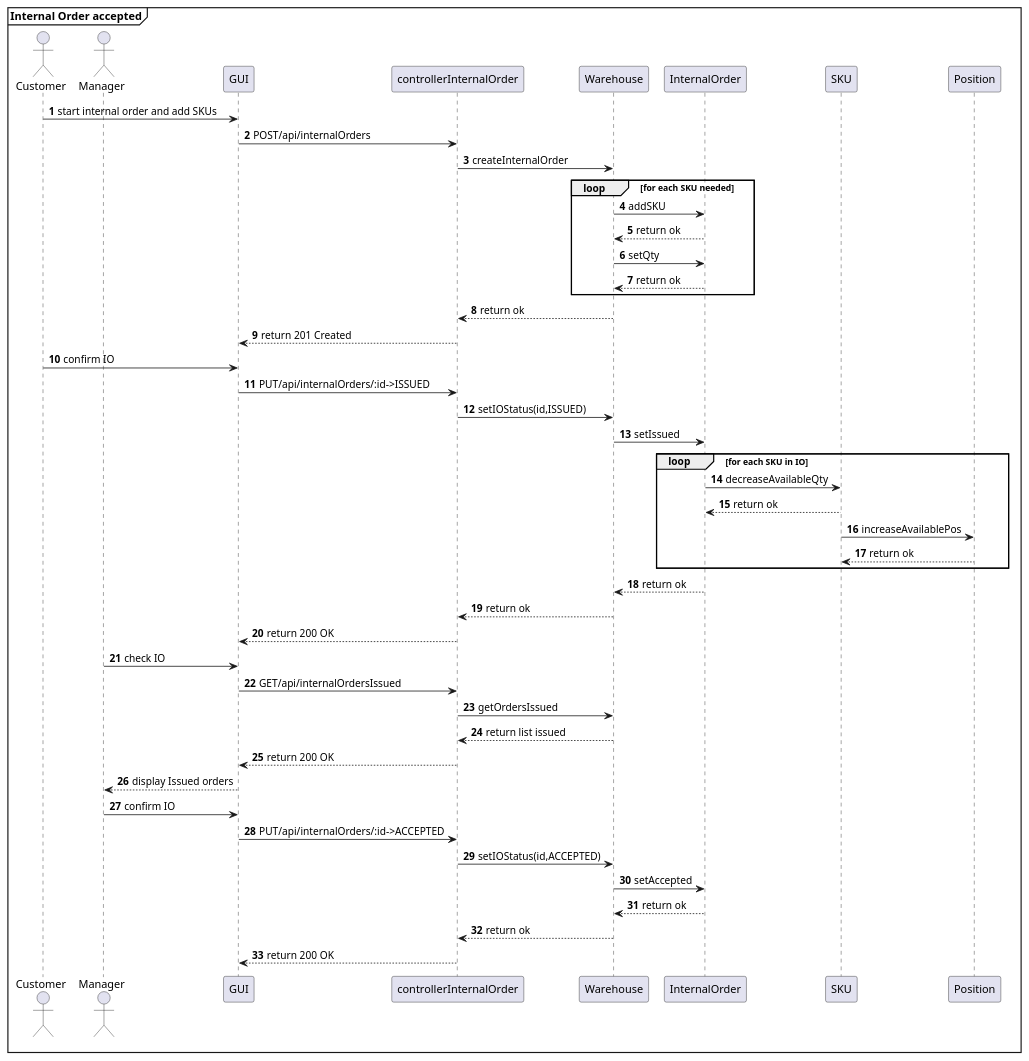
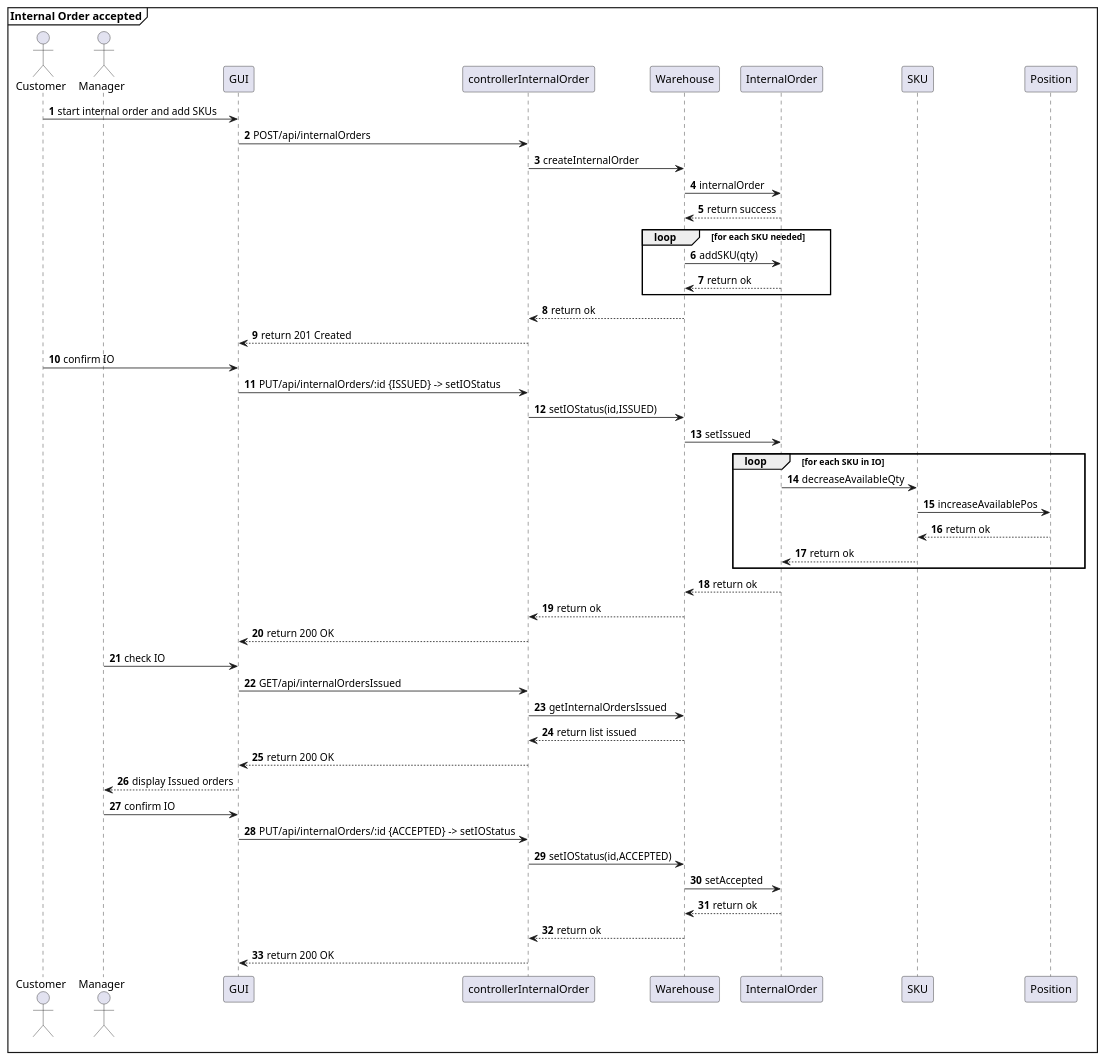
One commit to AlexZampa/EzWh changed diagram 24 of 32 in DesignDocument.md. Above: the diagram before and after it, drawn with PlantUML. The commit also changed other lines of this file, not shown here.

````diff
--- a/DesignDocument.md
+++ b/DesignDocument.md
@@ -1132,54 +1139,54 @@
 ```plantuml
 @startuml
 mainframe **Internal Order accepted**
 actor Customer
 actor Manager
 participant GUI
 participant controllerInternalOrder
 participant Warehouse
 participant InternalOrder
 participant SKU
 
 autonumber
 Customer -> GUI : start internal order and add SKUs
 GUI -> controllerInternalOrder : POST/api/internalOrders
 controllerInternalOrder -> Warehouse : createInternalOrder
+Warehouse -> InternalOrder : internalOrder
+Warehouse <-- InternalOrder : return success
 loop for each SKU needed
-  Warehouse -> InternalOrder : addSKU
-  Warehouse <-- InternalOrder : return ok
-  Warehouse -> InternalOrder : setQty
+  Warehouse -> InternalOrder : addSKU(qty)
   Warehouse <-- InternalOrder : return ok
 end loop
 controllerInternalOrder <-- Warehouse : return ok
 GUI <-- controllerInternalOrder : return 201 Created
 
 Customer -> GUI : confirm IO
-GUI -> controllerInternalOrder : PUT/api/internalOrders/:id->ISSUED
+GUI -> controllerInternalOrder : PUT/api/internalOrders/:id {ISSUED} -> setIOStatus
 controllerInternalOrder -> Warehouse : setIOStatus(id,ISSUED)
 Warehouse -> InternalOrder : setIssued
 loop for each SKU in IO
   InternalOrder -> SKU : decreaseAvailableQty
-  InternalOrder <-- SKU : return ok
   SKU -> Position : increaseAvailablePos
   SKU <-- Position : return ok
+  InternalOrder <-- SKU : return ok
 end loop
 Warehouse <-- InternalOrder : return ok
 controllerInternalOrder <-- Warehouse : return ok
 GUI <-- controllerInternalOrder : return 200 OK
 
 Manager -> GUI : check IO
 GUI -> controllerInternalOrder : GET/api/internalOrdersIssued
-controllerInternalOrder -> Warehouse : getOrdersIssued
+controllerInternalOrder -> Warehouse : getInternalOrdersIssued
 controllerInternalOrder <-- Warehouse : return list issued
 GUI <-- controllerInternalOrder : return 200 OK
 Manager <-- GUI : display Issued orders
 
 Manager -> GUI : confirm IO
-GUI -> controllerInternalOrder : PUT/api/internalOrders/:id->ACCEPTED
+GUI -> controllerInternalOrder : PUT/api/internalOrders/:id {ACCEPTED} -> setIOStatus
 controllerInternalOrder -> Warehouse : setIOStatus(id,ACCEPTED)
 Warehouse -> InternalOrder : setAccepted
 Warehouse <-- InternalOrder : return ok
 controllerInternalOrder <-- Warehouse : return ok
 GUI <-- controllerInternalOrder : return 200 OK
 @enduml
 ```
````
